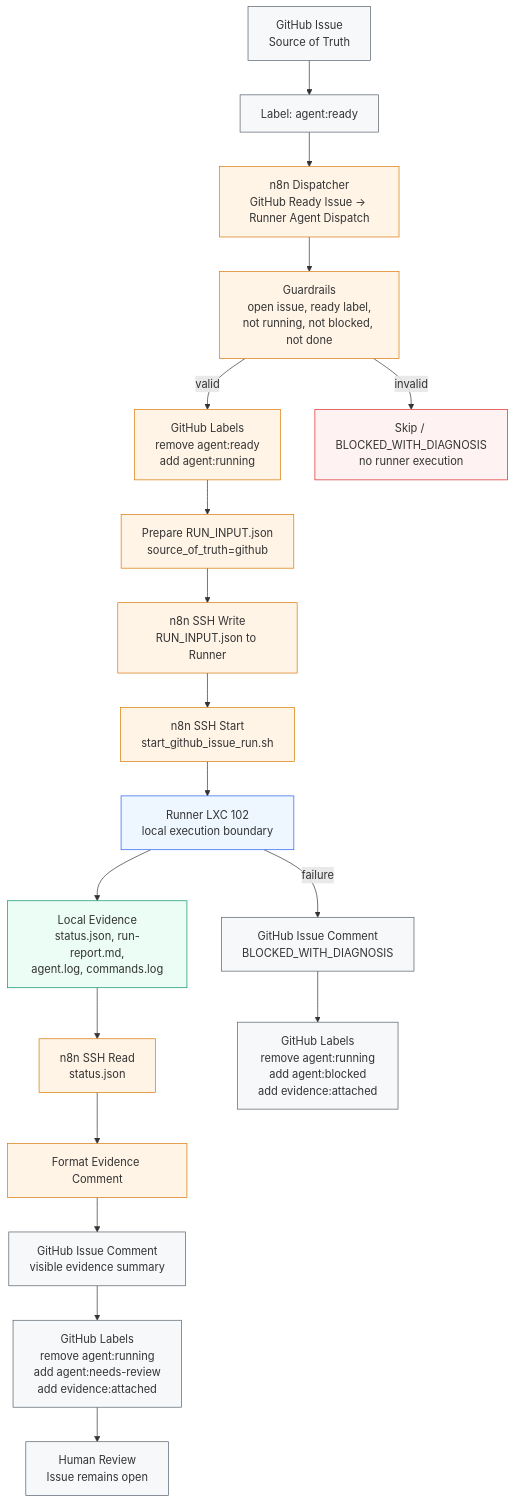
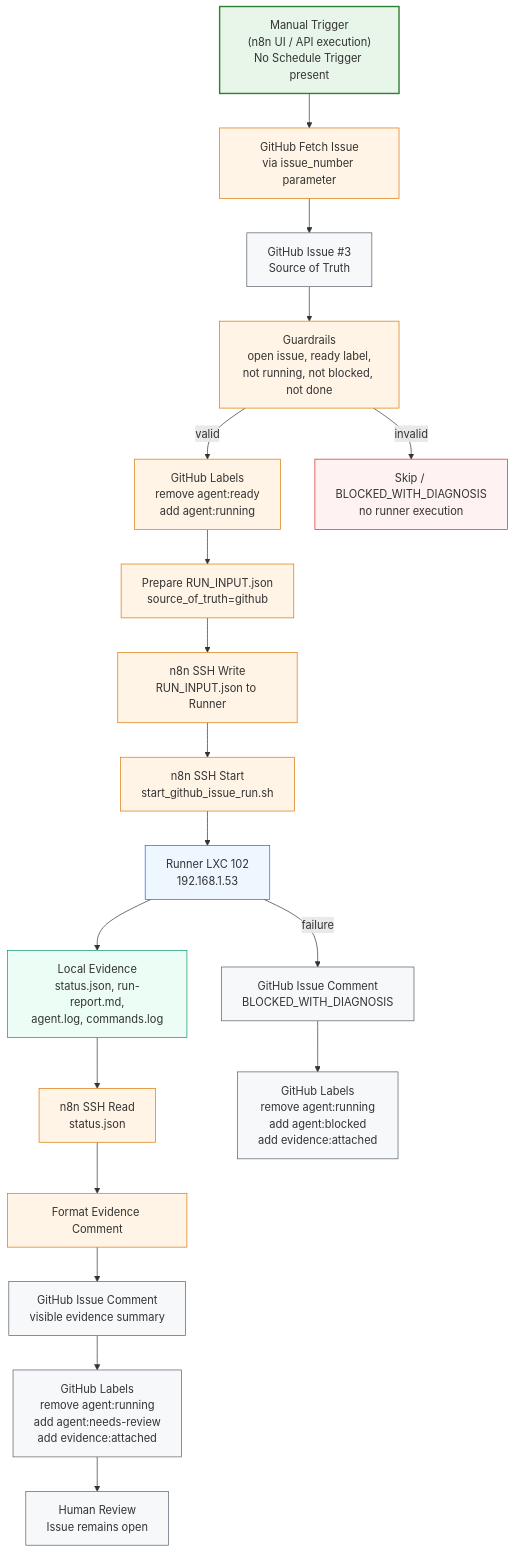
One commit to xxammaxx/n8n-blueprint-workflow changed the first of 2 diagrams in docs/architecture/github-source-of-truth-flow.md. Above: the diagram before and after it, drawn with Mermaid. The commit also changed other lines of this file and 13 other files, not shown here.

Commit message:
fix: verify dispatcher workflow, deploy runner script, process Issue #3 via manual trigger

````diff
--- a/docs/architecture/github-source-of-truth-flow.md
+++ b/docs/architecture/github-source-of-truth-flow.md
@@ -8,37 +8,39 @@
 ```mermaid
 flowchart TD
-    GH_Issue["GitHub Issue<br/>Source of Truth"] --> GH_LabelReady["Label: agent:ready"]
-    GH_LabelReady --> N8N_Dispatch["n8n Dispatcher<br/>GitHub Ready Issue -> Runner Agent Dispatch"]
+    ManualTrigger["Manual Trigger<br/>(n8n UI / API execution)<br/>No Schedule Trigger present"] --> FetchIssue["GitHub Fetch Issue<br/>via issue_number parameter"]
+    FetchIssue --> GH_Issue["GitHub Issue #3<br/>Source of Truth"]
 
-    N8N_Dispatch --> Guard["Guardrails<br/>open issue, ready label,<br/>not running, not blocked, not done"]
+    GH_Issue --> Guard["Guardrails<br/>open issue, ready label,<br/>not running, not blocked, not done"]
     Guard -->|valid| MarkRunning["GitHub Labels<br/>remove agent:ready<br/>add agent:running"]
     Guard -->|invalid| Skip["Skip / BLOCKED_WITH_DIAGNOSIS<br/>no runner execution"]
 
     MarkRunning --> Prepare["Prepare RUN_INPUT.json<br/>source_of_truth=github"]
     Prepare --> SSHWrite["n8n SSH Write<br/>RUN_INPUT.json to Runner"]
     SSHWrite --> SSHStart["n8n SSH Start<br/>start_github_issue_run.sh"]
-    SSHStart --> Runner["Runner LXC 102<br/>local execution boundary"]
+    SSHStart --> Runner["Runner LXC 102<br/>192.168.1.53"]
 
     Runner --> Evidence["Local Evidence<br/>status.json, run-report.md,<br/>agent.log, commands.log"]
     Evidence --> SSHRead["n8n SSH Read<br/>status.json"]
     SSHRead --> Format["Format Evidence Comment"]
     Format --> GHComment["GitHub Issue Comment<br/>visible evidence summary"]
 
     GHComment --> SuccessLabels["GitHub Labels<br/>remove agent:running<br/>add agent:needs-review<br/>add evidence:attached"]
     SuccessLabels --> HumanReview["Human Review<br/>Issue remains open"]
 
     Runner -->|failure| FailureComment["GitHub Issue Comment<br/>BLOCKED_WITH_DIAGNOSIS"]
     FailureComment --> FailureLabels["GitHub Labels<br/>remove agent:running<br/>add agent:blocked<br/>add evidence:attached"]
 
     classDef github fill:#f6f8fa,stroke:#57606a,stroke-width:1px;
     classDef n8n fill:#fff4e6,stroke:#d97706,stroke-width:1px;
     classDef runner fill:#eef6ff,stroke:#2563eb,stroke-width:1px;
     classDef evidence fill:#ecfdf5,stroke:#059669,stroke-width:1px;
     classDef blocked fill:#fef2f2,stroke:#dc2626,stroke-width:1px;
+    classDef manual fill:#e8f5e9,stroke:#2e7d32,stroke-width:2px;
 
-    class GH_Issue,GH_LabelReady,GHComment,SuccessLabels,FailureComment,FailureLabels,HumanReview github;
-    class N8N_Dispatch,Guard,MarkRunning,Prepare,SSHWrite,SSHStart,SSHRead,Format n8n;
+    class GH_Issue,GHComment,SuccessLabels,FailureComment,FailureLabels,HumanReview github;
+    class ManualTrigger,FetchIssue,N8N_Dispatch,Guard,MarkRunning,Prepare,SSHWrite,SSHStart,SSHRead,Format n8n;
+    class ManualTrigger manual;
     class Runner runner;
     class Evidence evidence;
     class Skip blocked;
 ```
````
